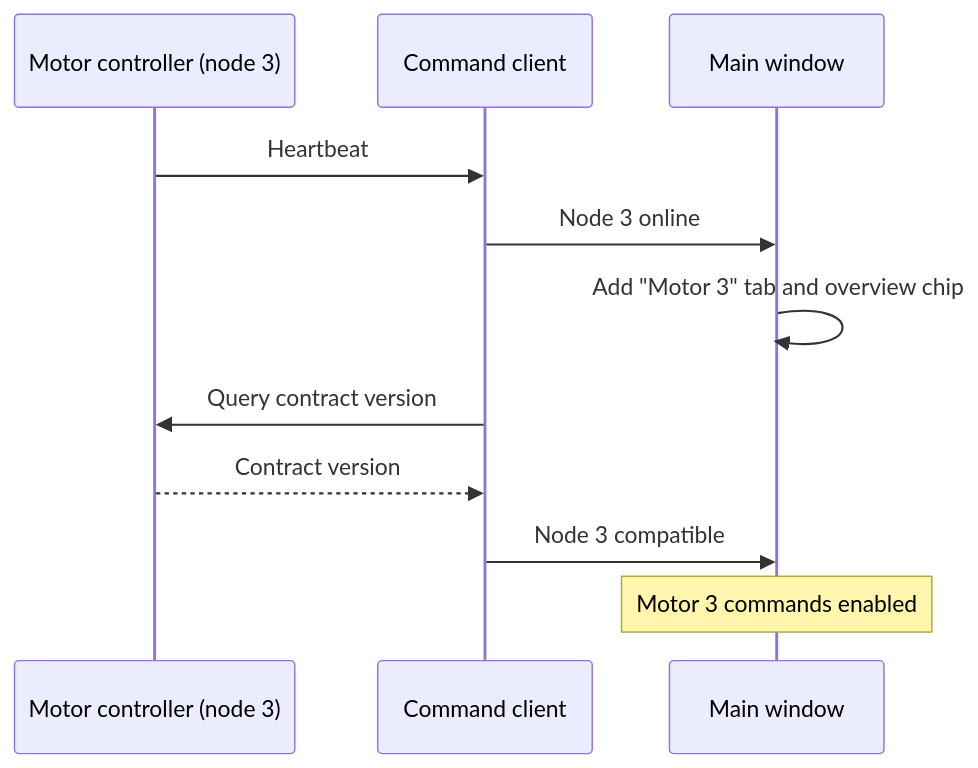
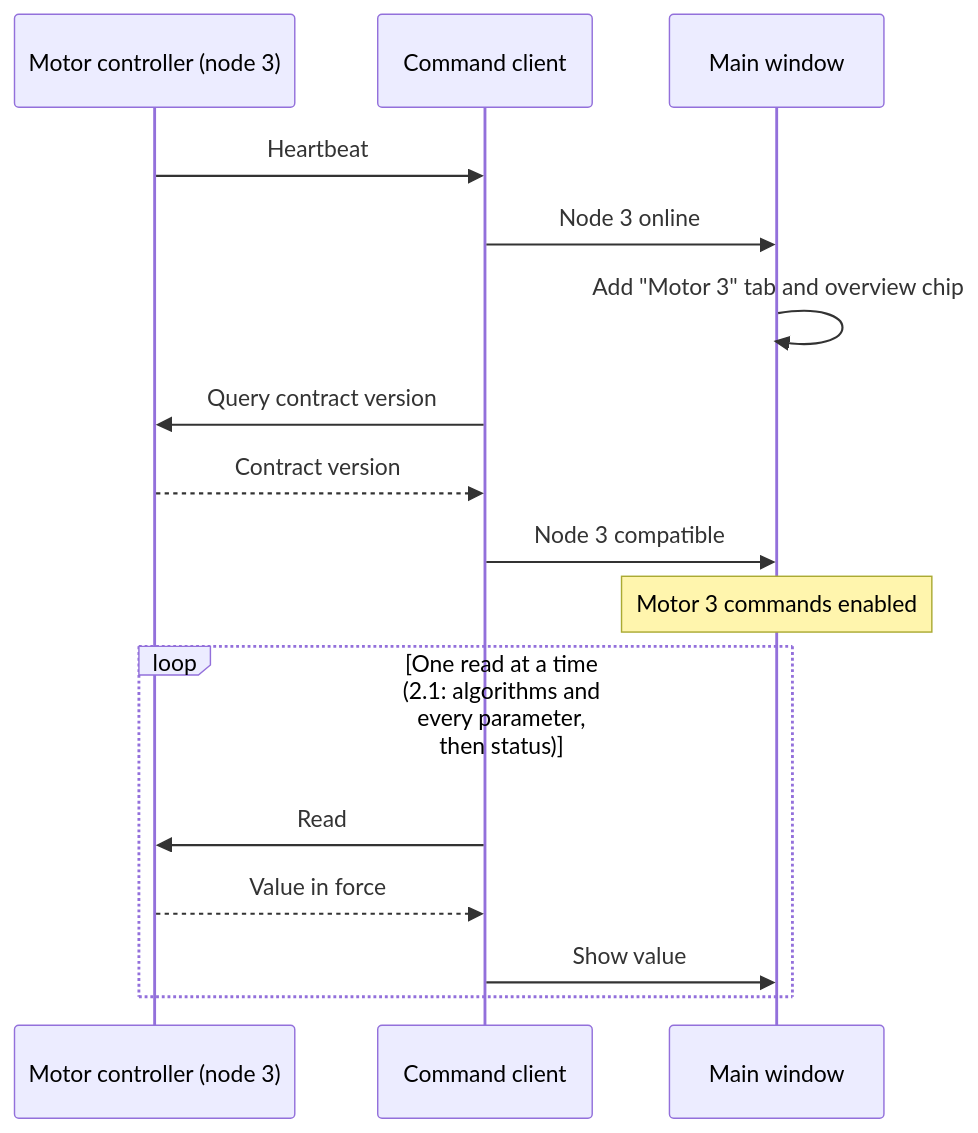
One commit to embedded-pro/e-foc changed the seventh of 8 diagrams in documentation/design/tool-can-commander.md. Above: the diagram before and after it, drawn with Mermaid. The commit also changed other lines of this file and 130 other files, not shown here.

First line of the commit message:
feat(can): choose controllers per mode and set every setting and motor parameter over CAN (contract 2.1) (#429)

````diff
--- a/documentation/design/tool-can-commander.md
+++ b/documentation/design/tool-can-commander.md
@@ -359,13 +423,18 @@
 ```mermaid
 sequenceDiagram
     participant Node as Motor controller (node 3)
     participant Client as Command client
     participant Window as Main window
     Node->>Client: Heartbeat
     Client->>Window: Node 3 online
     Window->>Window: Add "Motor 3" tab and overview chip
     Client->>Node: Query contract version
     Node-->>Client: Contract version
     Client->>Window: Node 3 compatible
     Note over Window: Motor 3 commands enabled
+    loop One read at a time (2.1: algorithms and every parameter, then status)
+        Client->>Node: Read
+        Node-->>Client: Value in force
+        Client->>Window: Show value
+    end
 ```
````
